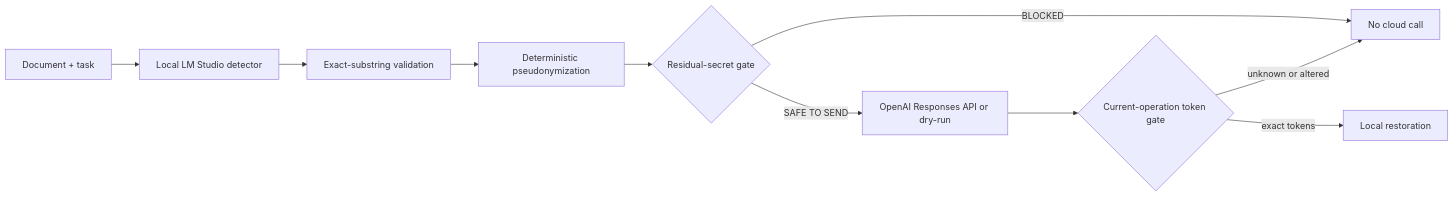
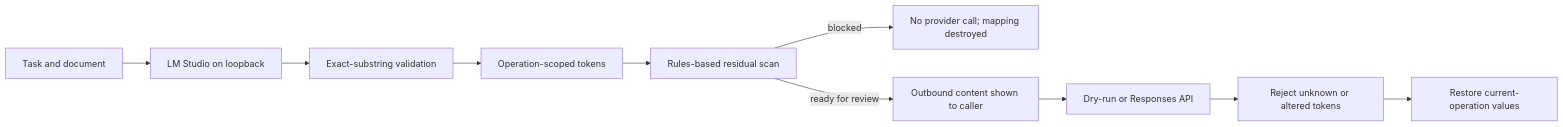
Before and after one commit to AI-Danil/pii-airlock: the diagram in README.md, drawn with Mermaid. The commit also changed other lines of this file and 41 other files, not shown here.

````diff
--- a/README.md
+++ b/README.md
@@ -22,12 +13,12 @@
 ```mermaid
 flowchart LR
-    A["Document + task"] --> B["Local LM Studio detector"]
+    A["Task and document"] --> B["LM Studio on loopback"]
     B --> C["Exact-substring validation"]
-    C --> D["Deterministic pseudonymization"]
-    D --> E{"Residual-secret gate"}
-    E -->|BLOCKED| X["No cloud call"]
-    E -->|SAFE TO SEND| F["OpenAI Responses API or dry-run"]
-    F --> G{"Current-operation token gate"}
-    G -->|unknown or altered| X
-    G -->|exact tokens| H["Local restoration"]
+    C --> D["Operation-scoped tokens"]
+    D --> E["Rules-based residual scan"]
+    E -->|blocked| X["No provider call; mapping destroyed"]
+    E -->|ready for review| R["Outbound content shown to caller"]
+    R --> F["Dry-run or Responses API"]
+    F --> G["Reject unknown or altered tokens"]
+    G --> H["Restore current-operation values"]
 ```
````
